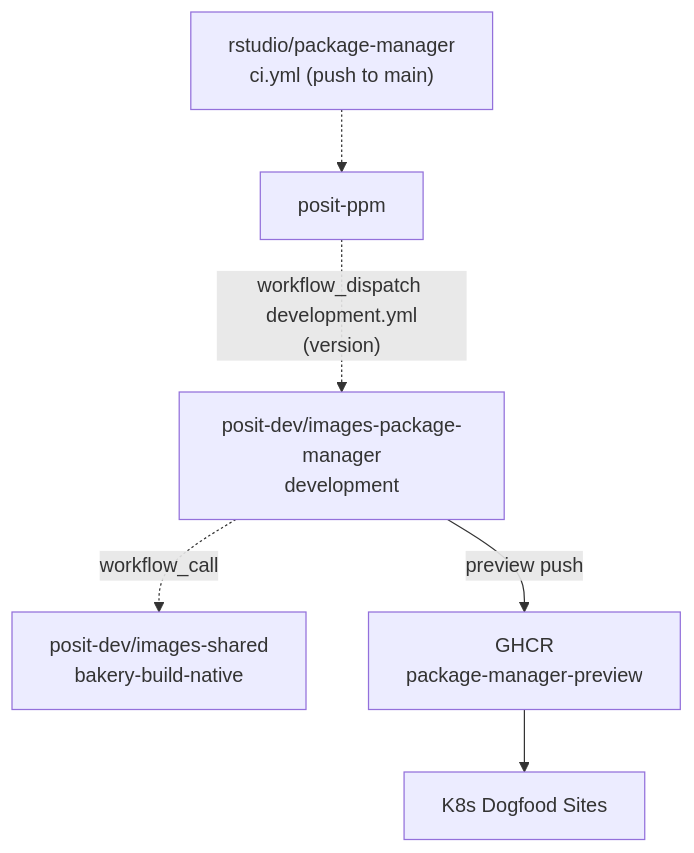
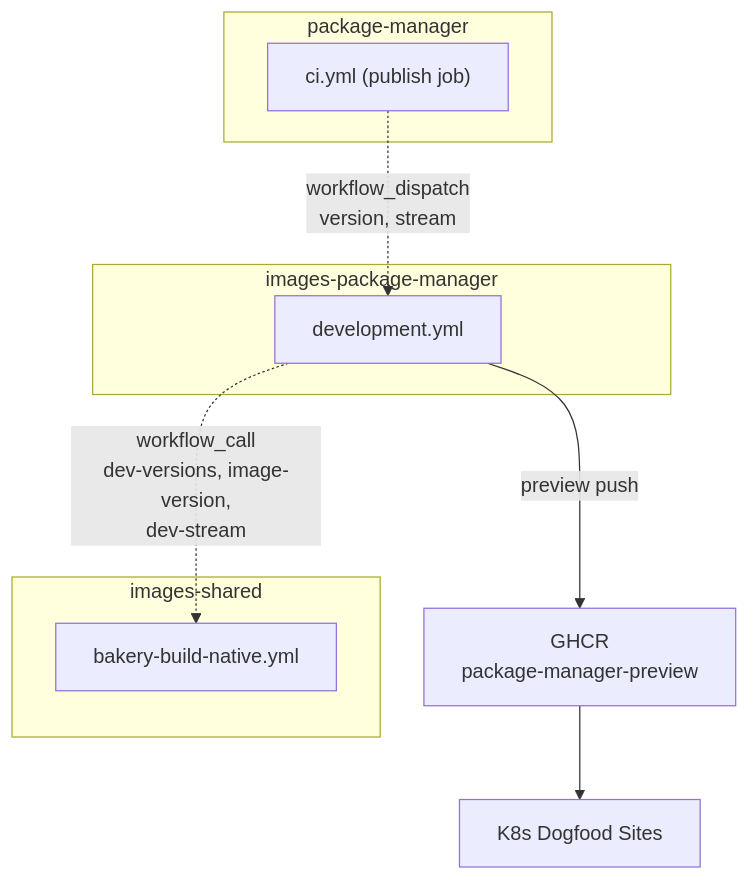
One commit to posit-dev/images-shared changed the ninth of 9 diagrams in posit-bakery/docs/cross-repo-workflows.qmd. Above: the diagram before and after it, drawn with Mermaid. The commit also changed other lines of this file, not shown here.

First line of the commit message:
Update cross-repo workflow diagrams

````diff
--- a/posit-bakery/docs/cross-repo-workflows.qmd
+++ b/posit-bakery/docs/cross-repo-workflows.qmd
@@ -334,23 +367,26 @@
 ```{mermaid}
 %%| fig-cap: "Package Manager Development Flow"
 graph TD
-    PROD["rstudio/package-manager<br/>ci.yml (push to main)"]
-    BOT["posit-ppm"]
+    subgraph package-manager
+        CI["ci.yml (publish job)"]
+    end
 
-    PROD -.-> BOT
-    BOT -.->|"workflow_dispatch development.yml<br/>(version)"| IMG_DEV
+    CI -.->|"workflow_dispatch<br/>version, stream"| DEV
 
-    SHARED["posit-dev/images-shared<br/>bakery-build-native"]
+    subgraph images-package-manager
+        DEV["development.yml"]
+    end
 
-    IMG_DEV["posit-dev/images-package-manager<br/>development"]
+    DEV -.->|"workflow_call<br/>dev-versions, image-version,<br/>dev-stream"| SHARED
 
-    IMG_DEV -.->|workflow_call| SHARED
+    subgraph images-shared
+        SHARED["bakery-build-native.yml"]
+    end
 
-    IMG_DEV -->|preview push| GHCR
+    DEV -->|preview push| GHCR["GHCR<br/>package-manager-preview"]
+    GHCR --> K8S["K8s Dogfood Sites"]
 
-    GHCR["GHCR<br/>package-manager-preview"]
-
-    GHCR --> K8S
-
-    K8S["K8s Dogfood Sites"]
+    click CI "https://github.com/rstudio/package-manager/blob/main/.github/workflows/ci.yml" _blank
+    click DEV "https://github.com/posit-dev/images-package-manager/blob/main/.github/workflows/development.yml" _blank
+    click SHARED "https://github.com/posit-dev/images-shared/blob/main/.github/workflows/bakery-build-native.yml" _blank
 ```
````
